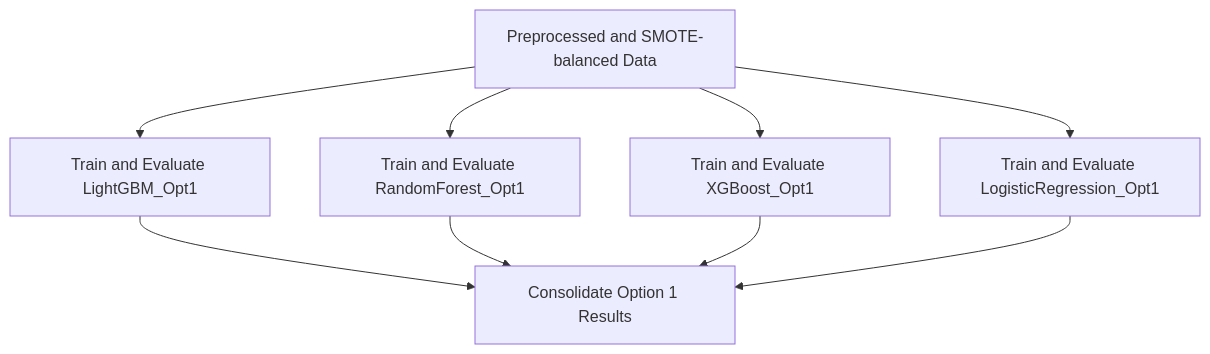
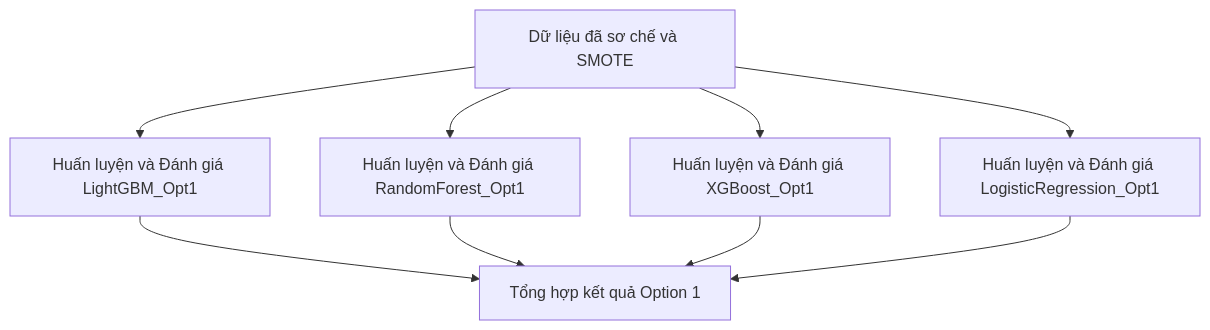
The fifth of 8 diagrams in question.md (ShayNeeo/confess-crush), drawn with Mermaid before and after one commit. The commit also changed other lines of this file, not shown here.

````diff
--- a/question.md
+++ b/question.md
@@ -185,8 +138,8 @@
-```mermaid
-graph TD
-    A[Preprocessed and SMOTE-balanced Data] --> B1[Train and Evaluate LightGBM_Opt1];
-    A --> B2[Train and Evaluate RandomForest_Opt1];
-    A --> B3[Train and Evaluate XGBoost_Opt1];
-    A --> B4[Train and Evaluate LogisticRegression_Opt1];
-    B1 & B2 & B3 & B4 --> C[Consolidate Option 1 Results];
-```
+      ```mermaid
+      graph TD
+          A[Dữ liệu đã sơ chế và SMOTE] --> B1[Huấn luyện và Đánh giá LightGBM_Opt1];
+          A --> B2[Huấn luyện và Đánh giá RandomForest_Opt1];
+          A --> B3[Huấn luyện và Đánh giá XGBoost_Opt1];
+          A --> B4[Huấn luyện và Đánh giá LogisticRegression_Opt1];
+          B1 & B2 & B3 & B4 --> C[Tổng hợp kết quả Option 1];
+      ```
````
